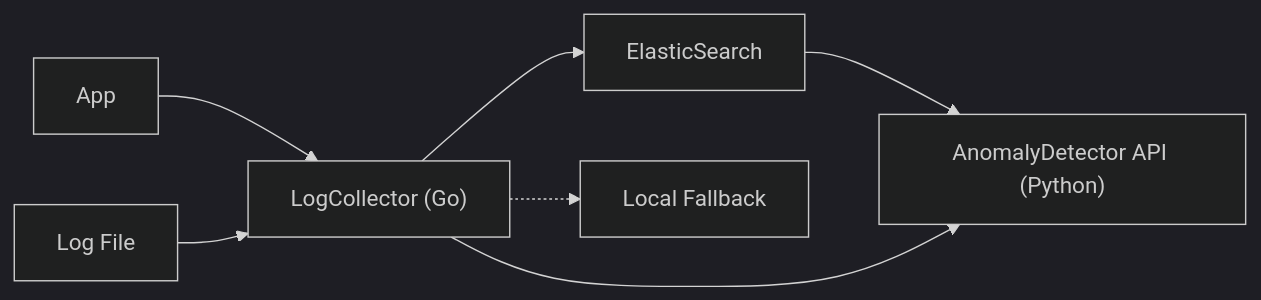
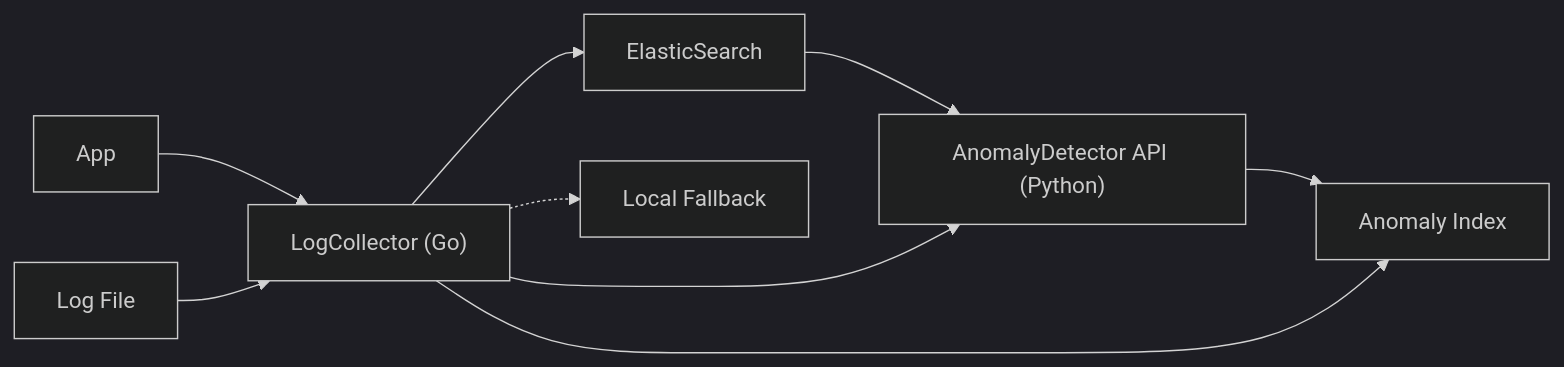
The diagram in README.md (lorenaziviani/log_sentinel), drawn with Mermaid (dark theme) before and after one commit. The commit also changed other lines of this file and 3 other files, not shown here.

````diff
--- a/README.md
+++ b/README.md
@@ -19,9 +19,11 @@
 ```mermaid
 flowchart LR
     A["App"] --> B["LogCollector (Go)"]
     F["Log File"] --> B
     B --> C["ElasticSearch"]
     B -.-> D["Local Fallback"]
     C --> E["AnomalyDetector API (Python)"]
     B --> E
+    E --> G["Anomaly Index"]
+    B --> G
 ```
````
